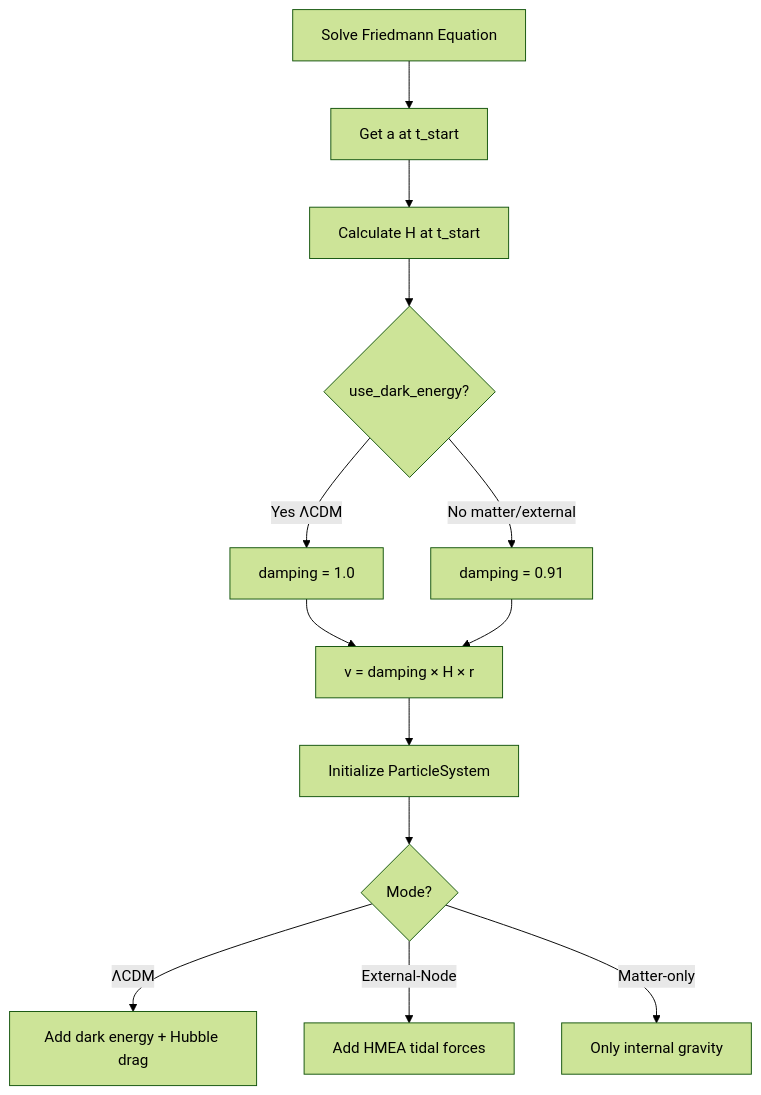
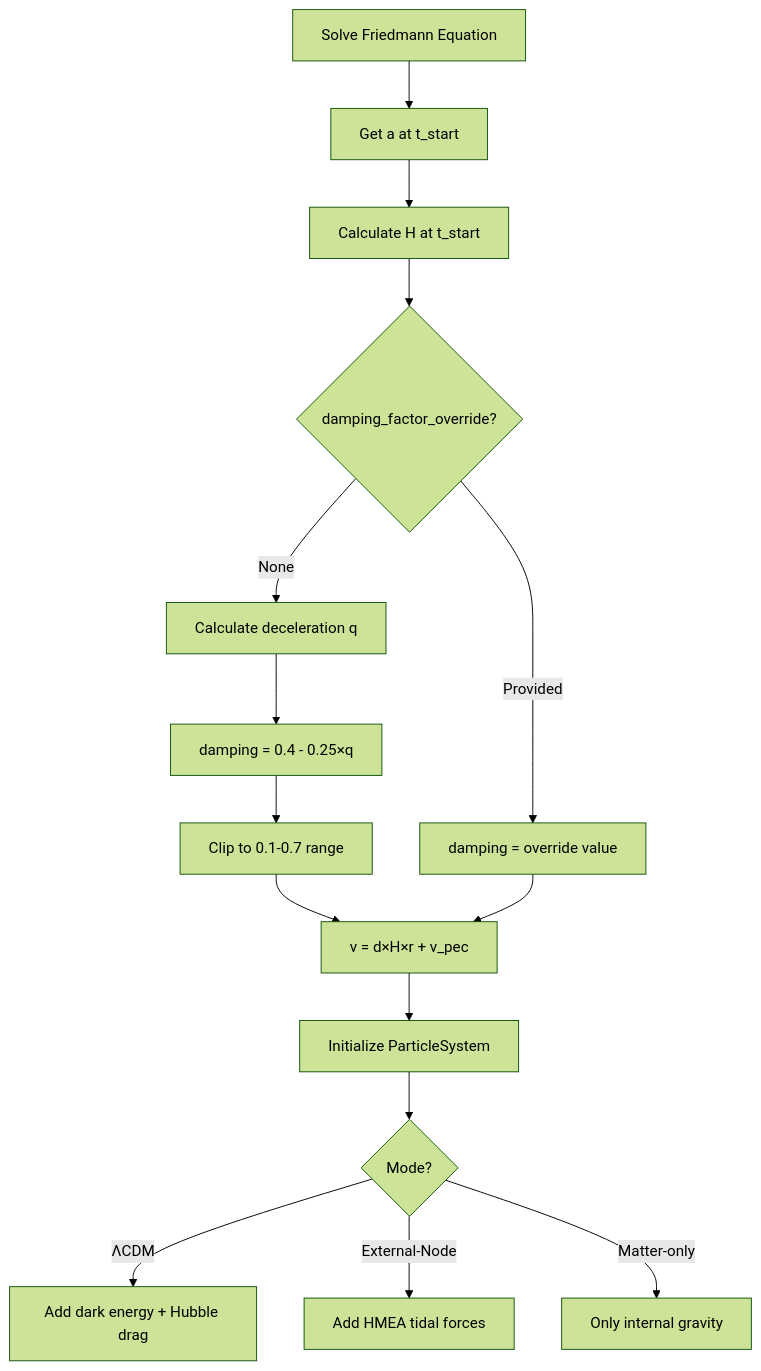
One commit to MartinGamsby/ProgenitorNodeModelCosmology changed the diagram in lode/physics/initial-conditions.md. Above: the diagram before and after it, drawn with Mermaid (forest theme). The commit also changed other lines of this file and 5 other files, not shown here.

````diff
--- a/lode/physics/initial-conditions.md
+++ b/lode/physics/initial-conditions.md
@@ -205,15 +222,17 @@
 ```mermaid
 graph TD
     A[Solve Friedmann Equation] --> B[Get a at t_start]
     B --> C[Calculate H at t_start]
-    C --> D{use_dark_energy?}
-    D -->|Yes ΛCDM| E[damping = 1.0]
-    D -->|No matter/external| F[damping = 0.91]
-    E --> G[v = damping × H × r]
-    F --> G
-    G --> H[Initialize ParticleSystem]
-    H --> I{Mode?}
-    I -->|ΛCDM| J[Add dark energy + Hubble drag]
-    I -->|External-Node| K[Add HMEA tidal forces]
-    I -->|Matter-only| L[Only internal gravity]
+    C --> D{damping_factor_override?}
+    D -->|Provided| E[damping = override value]
+    D -->|None| F[Calculate deceleration q]
+    F --> G[damping = 0.4 - 0.25×q]
+    G --> H[Clip to 0.1-0.7 range]
+    H --> I[v = d×H×r + v_pec]
+    E --> I
+    I --> J[Initialize ParticleSystem]
+    J --> K{Mode?}
+    K -->|ΛCDM| L[Add dark energy + Hubble drag]
+    K -->|External-Node| M[Add HMEA tidal forces]
+    K -->|Matter-only| N[Only internal gravity]
 ```
````
